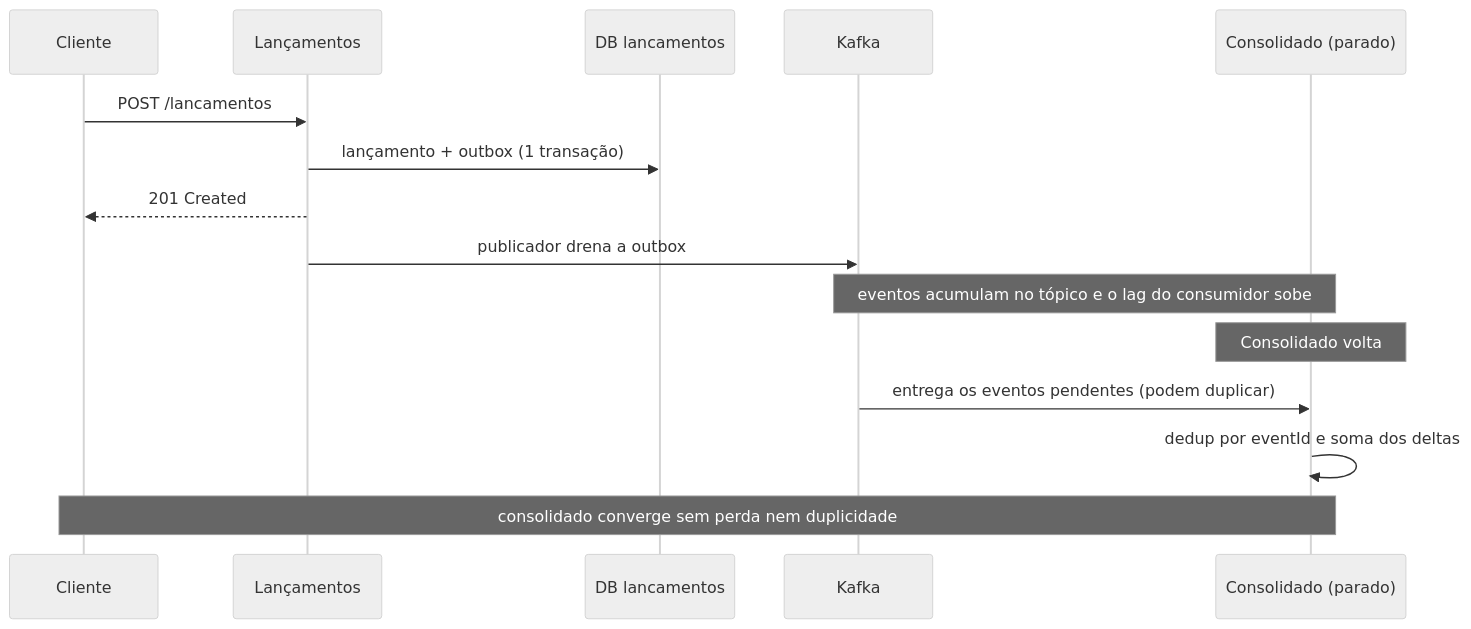
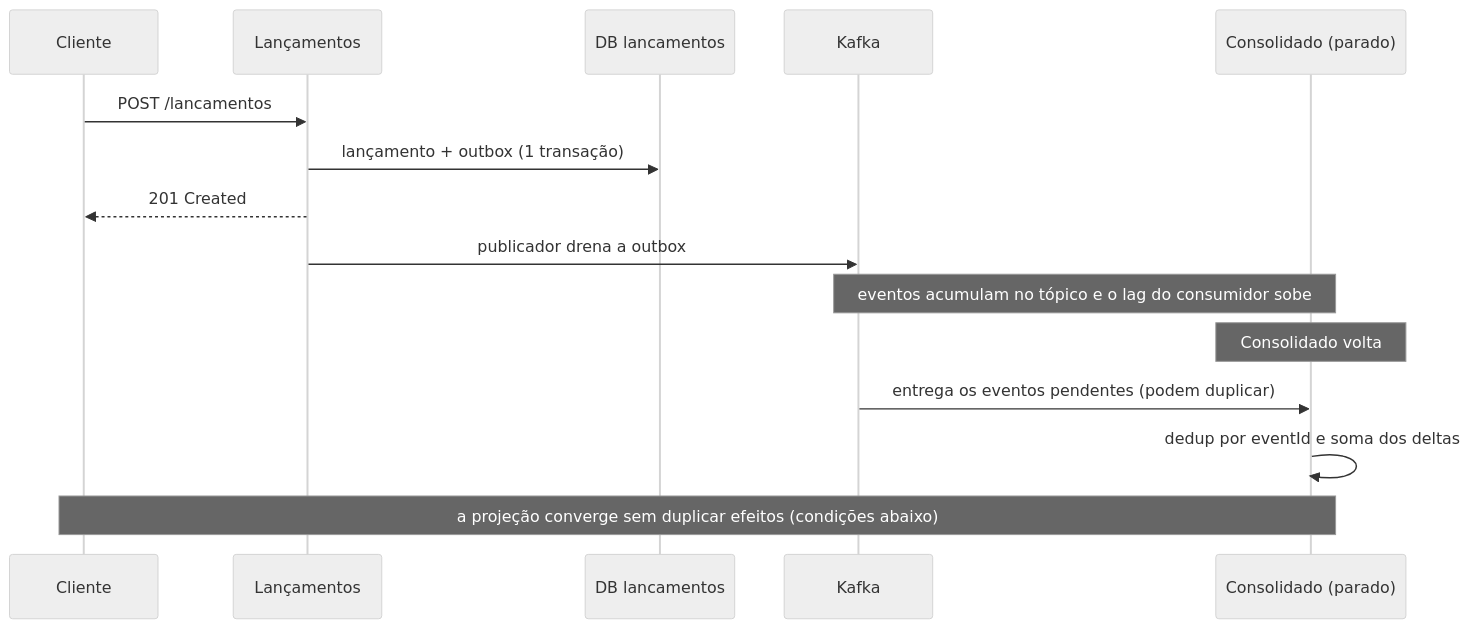
Before and after one commit to VictorLeaSilva/cashflow-platform: the third of 4 diagrams in docs/architecture/architecture.md, drawn with Mermaid (neutral theme). The commit also changed other lines of this file and 3 other files, not shown here.

````diff
--- a/docs/architecture/architecture.md
+++ b/docs/architecture/architecture.md
@@ -136,17 +136,17 @@
 ```mermaid
 sequenceDiagram
     participant C as Cliente
     participant L as Lançamentos
     participant DB as DB lancamentos
     participant K as Kafka
     participant S as Consolidado (parado)
     C->>L: POST /lancamentos
     L->>DB: lançamento + outbox (1 transação)
     L-->>C: 201 Created
     L->>K: publicador drena a outbox
     Note over K,S: eventos acumulam no tópico e o lag do consumidor sobe
     Note over S: Consolidado volta
     K->>S: entrega os eventos pendentes (podem duplicar)
     S->>S: dedup por eventId e soma dos deltas
-    Note over C,S: consolidado converge sem perda nem duplicidade
+    Note over C,S: a projeção converge sem duplicar efeitos (condições abaixo)
 ```
````
